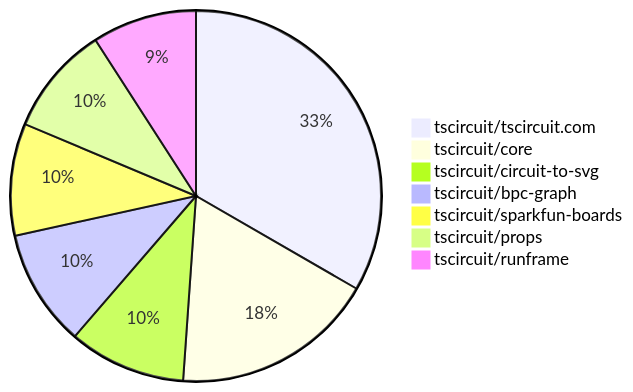
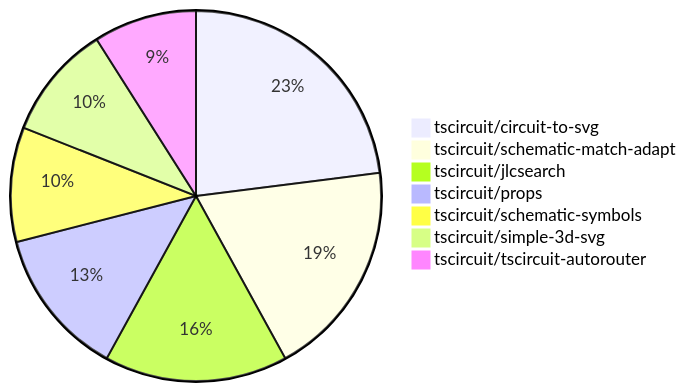
The second of 2 diagrams in contribution-overviews/2025-06-04.md (tscircuit/contribution-tracker), drawn with Mermaid before and after one commit. The commit also changed other lines of this file and 9 other files, not shown here.

````diff
--- a/contribution-overviews/2025-06-04.md
+++ b/contribution-overviews/2025-06-04.md
@@ -108,10 +74,10 @@
 ```mermaid
 pie
-    "tscircuit/tscircuit.com" : 150
-    "tscircuit/core" : 80
-    "tscircuit/circuit-to-svg" : 46
-    "tscircuit/bpc-graph" : 46
-    "tscircuit/sparkfun-boards" : 44
-    "tscircuit/props" : 43
-    "tscircuit/runframe" : 41
+    "tscircuit/circuit-to-svg" : 23
+    "tscircuit/schematic-match-adapt" : 19
+    "tscircuit/jlcsearch" : 16
+    "tscircuit/props" : 13
+    "tscircuit/schematic-symbols" : 10
+    "tscircuit/simple-3d-svg" : 10
+    "tscircuit/tscircuit-autorouter" : 9
 ```
````
